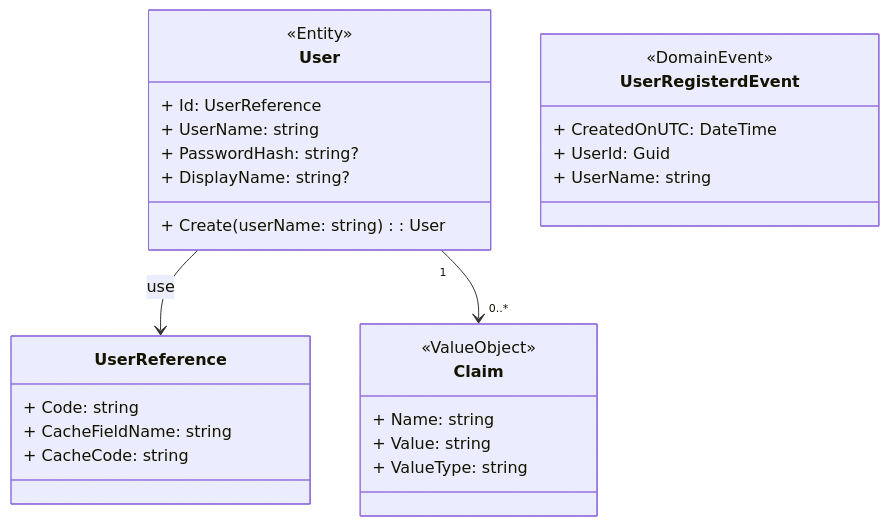
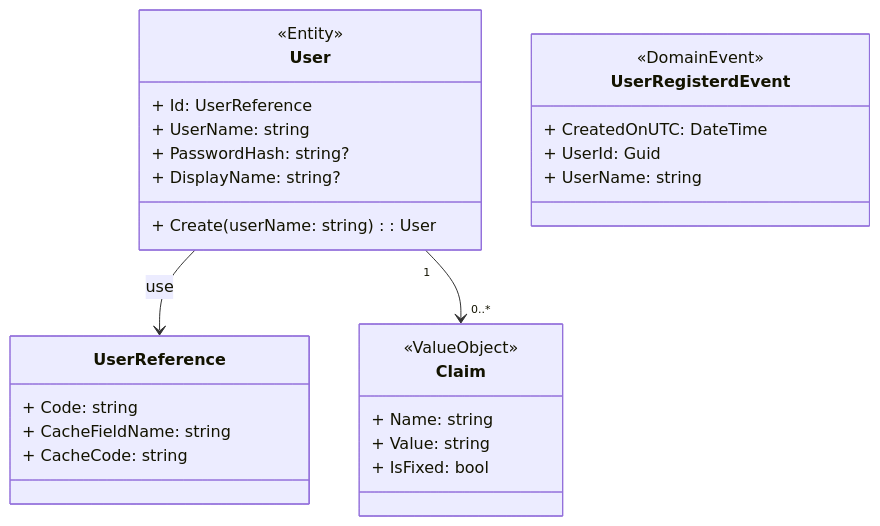
One commit to sdlfly2000/AuthenticationServer changed the diagram in UML/Domain/Domain.User.md. Above: the diagram before and after it, drawn with Mermaid. The commit also changed 7 other files, not shown here.

Commit message:
#30 Replace ValueType to IsFixed for Claim

````diff
--- a/UML/Domain/Domain.User.md
+++ b/UML/Domain/Domain.User.md
@@ -3,42 +3,42 @@
 ```mermaid
 ---
 config:
     class:
         hideEmptyMembersBox: true
 ---
 
 classDiagram
     class User:::Entity {
         <<Entity>>
         + Id: UserReference
         + UserName: string
         + PasswordHash: string?
         + DisplayName: string?
         + Create(userName: string): User
     }
 
     class UserReference:::ValueObject {
         + Code: string
         + CacheFieldName: string
         + CacheCode: string
     }
 
     class Claim:::Interface {
         <<ValueObject>>
         + Name: string
         + Value: string
-        + ValueType: string
+        + IsFixed: bool
     }
 
     class UserRegisterdEvent {
         <<DomainEvent>>
         + CreatedOnUTC: DateTime
         + UserId: Guid
         + UserName: string
     }
 
     %%{{Relationship}}%%
     User --> UserReference : use
     User "1" --> "0..*" Claim
 
 ```
````
